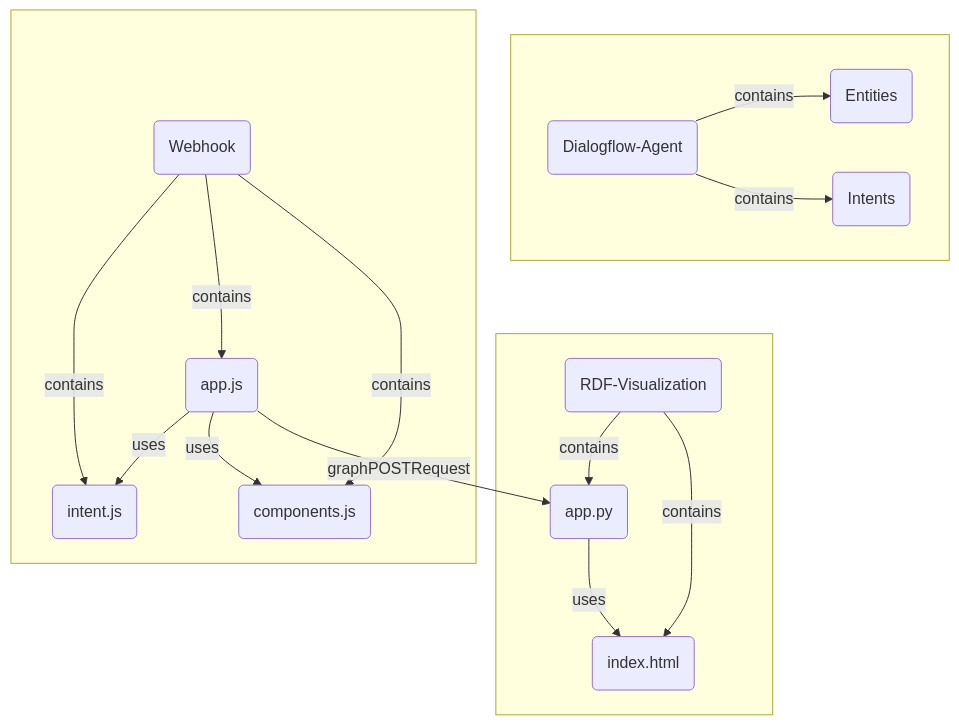
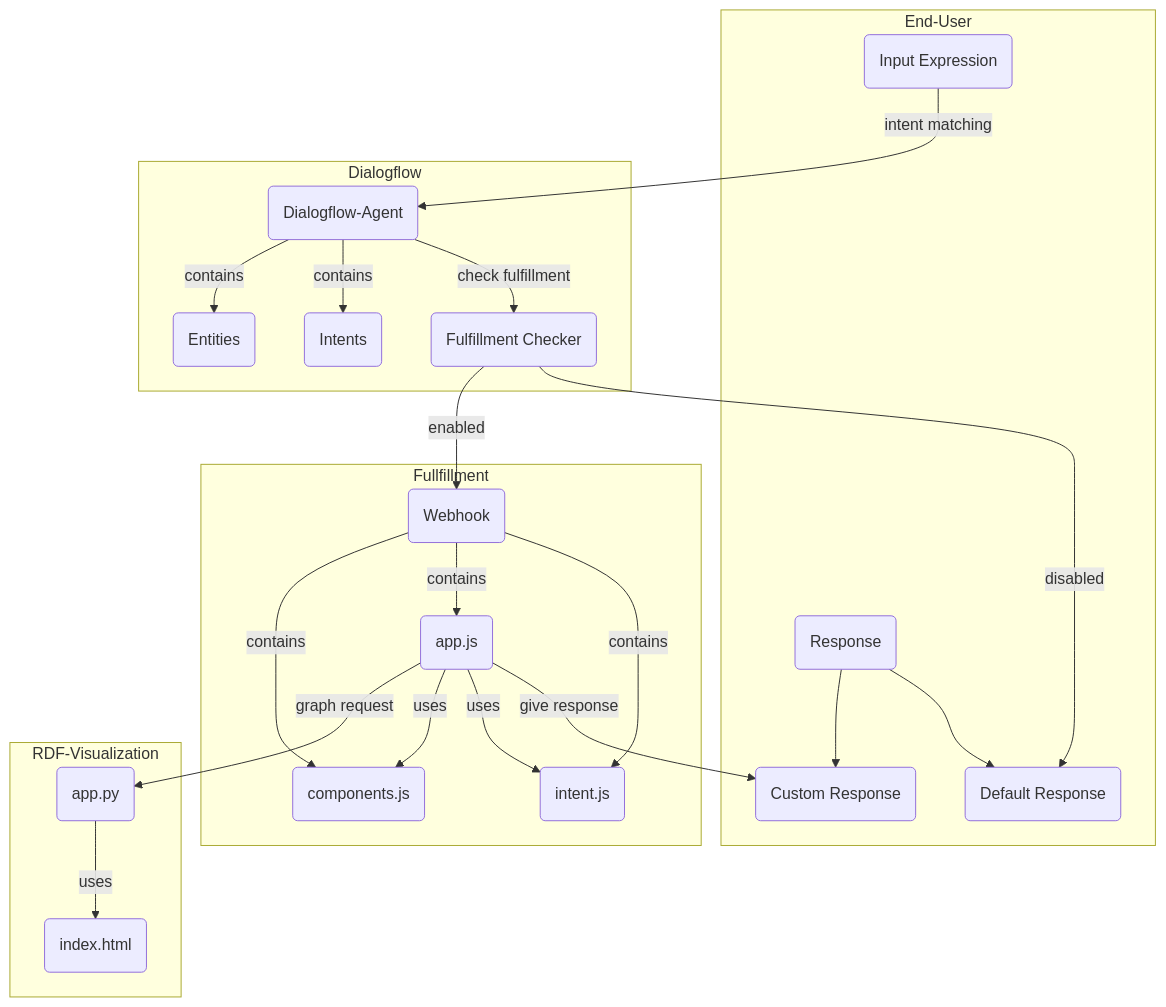
One commit to UditArora2000/GSoC2022_Question_Answering changed the diagram in README.md. Above: the diagram before and after it, drawn with Mermaid.

Commit message:
updated visualization

````diff
--- a/README.md
+++ b/README.md
@@ -23,20 +23,31 @@
 ```mermaid
-	graph TD;
-	    subgraph  
-	    A(Dialogflow-Agent) -->|contains| B(Entities);
-	    A(Dialogflow-Agent) -->|contains| C(Intents);
+	graph TD
+	    subgraph End-User
+		    res(Default Response)
+		    exp(Input Expression)
+		    cres(Custom Response)
+		    superres(Response) --> | | cres(Custom Response)
+		    superres(Response) --> | | res(Default Response)
 	    end
-	    subgraph  
-	    D(RDF-Visualization) -->|contains| E(index.html);
-	    D(RDF-Visualization) -->|contains| F(app.py);
+	    subgraph Fullfillment
+		    wh(Webhook)
+		    wh(Webhook) --> |contains| H(components.js);
+		    wh(Webhook) --> |contains| I(app.js);
+		    wh(Webhook) --> |contains| J(intent.js);
 	    end
-	    F(app.py) --> |uses| E(index.html);
-	    I(app.js) --> |graphPOSTRequest| F(app.py);
-	    subgraph  
-	    G(Webhook) --> |contains| H(components.js);
-	    G(Webhook) --> |contains| I(app.js);
-	    G(Webhook) --> |contains| J(intent.js);
+		subgraph Dialogflow
+		    A(Dialogflow-Agent) -->|contains| B(Entities);
+			A(Dialogflow-Agent) -->|contains| C(Intents);
+		    A(Dialogflow-Agent) --> |check fulfillment| fc(Fulfillment Checker)
+		    fc(Fulfillment Checker) --> |enabled| wh(Webhook)
+		    fc(Fulfillment Checker) --> |disabled| res(Default Response)
 	    end
+	    subgraph RDF-Visualization
+		    F(app.py) --> |uses| E(index.html);
+			I(app.js) --> |graph request| F(app.py);
+	    end
+	    exp(Input Expression) --> |intent matching| A(Dialogflow-Agent)
 	    I(app.js) --> |uses| H(components.js);
-	    I(app.js) --> |uses| J(intent.js);
+		I(app.js) --> |uses| J(intent.js);
+	    I(app.js) --> |give response| cres(Custom Response)
 ```
````
